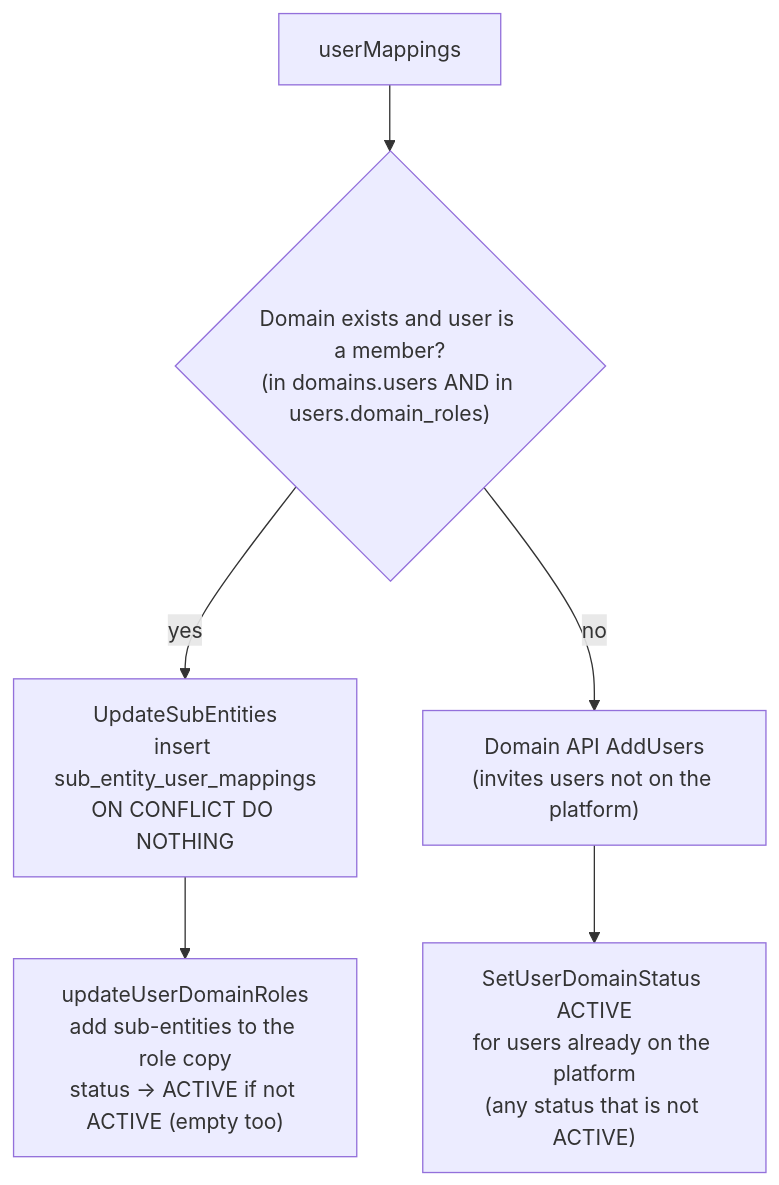
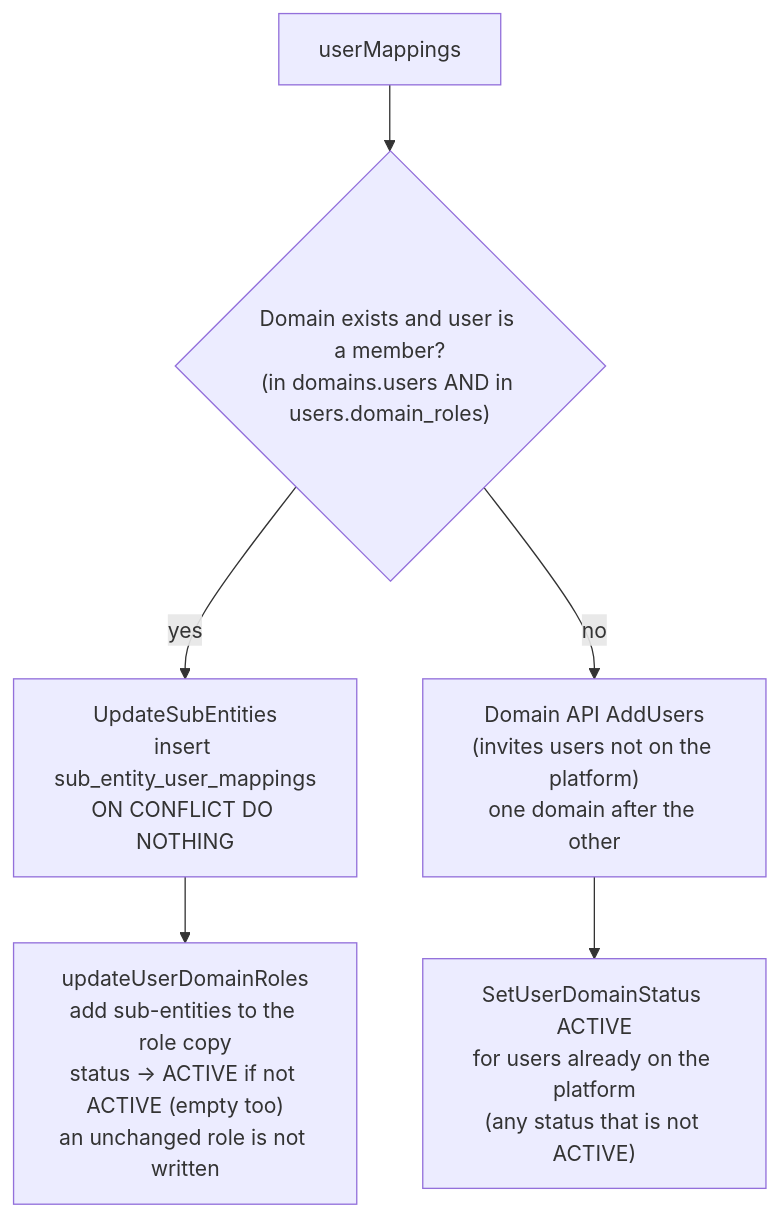
The sixth of 7 diagrams in sync_subentities.md (vijetapriya1/Vijeta-docs), drawn with Mermaid before and after one commit. The commit also changed other lines of this file, not shown here.

````diff
--- a/sync_subentities.md
+++ b/sync_subentities.md
@@ -221,8 +224,8 @@
 ```mermaid
 flowchart TD
     IN["userMappings"] --> D{"Domain exists and user is a member?<br/>(in domains.users AND in users.domain_roles)"}
     D -->|yes| E1["UpdateSubEntities<br/>insert sub_entity_user_mappings<br/>ON CONFLICT DO NOTHING"]
-    E1 --> E2["updateUserDomainRoles<br/>add sub-entities to the role copy<br/>status → ACTIVE if not ACTIVE (empty too)"]
-    D -->|no| N1["Domain API AddUsers<br/>(invites users not on the platform)"]
+    E1 --> E2["updateUserDomainRoles<br/>add sub-entities to the role copy<br/>status → ACTIVE if not ACTIVE (empty too)<br/>an unchanged role is not written"]
+    D -->|no| N1["Domain API AddUsers<br/>(invites users not on the platform)<br/>one domain after the other"]
     N1 --> N2["SetUserDomainStatus ACTIVE<br/>for users already on the platform<br/>(any status that is not ACTIVE)"]
 ```
````
